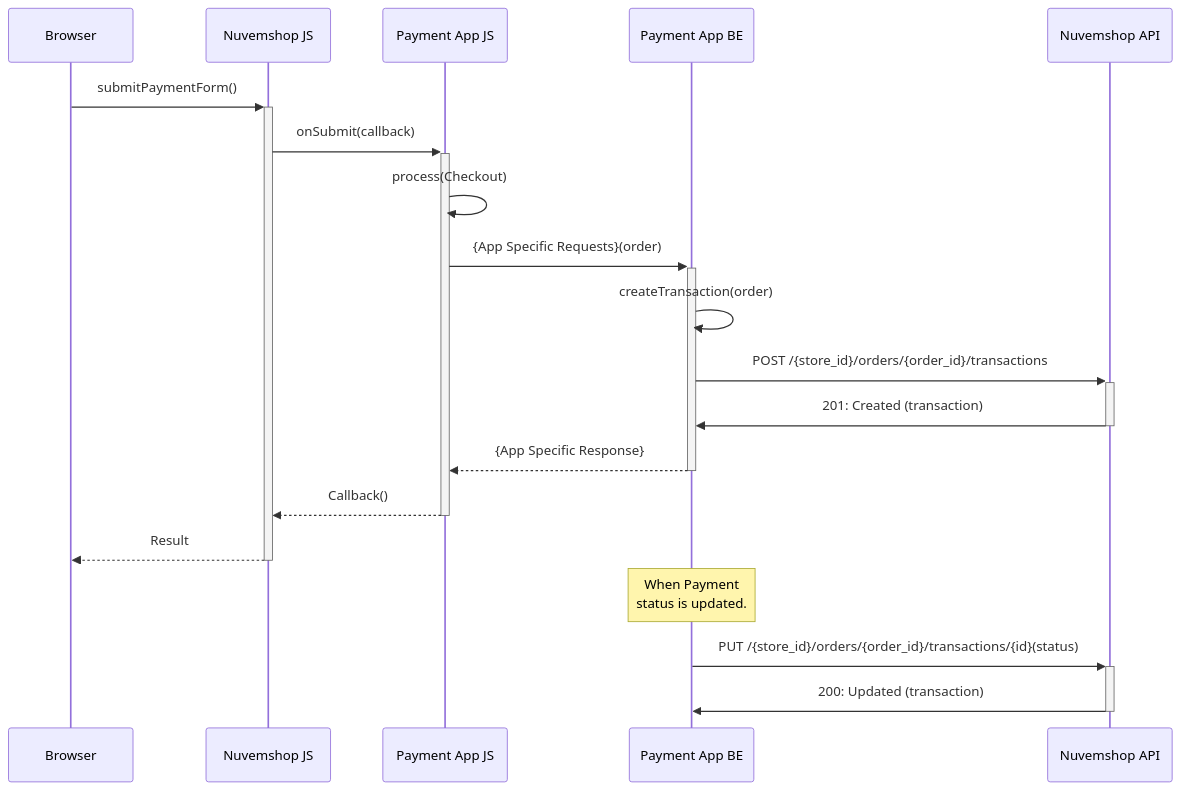
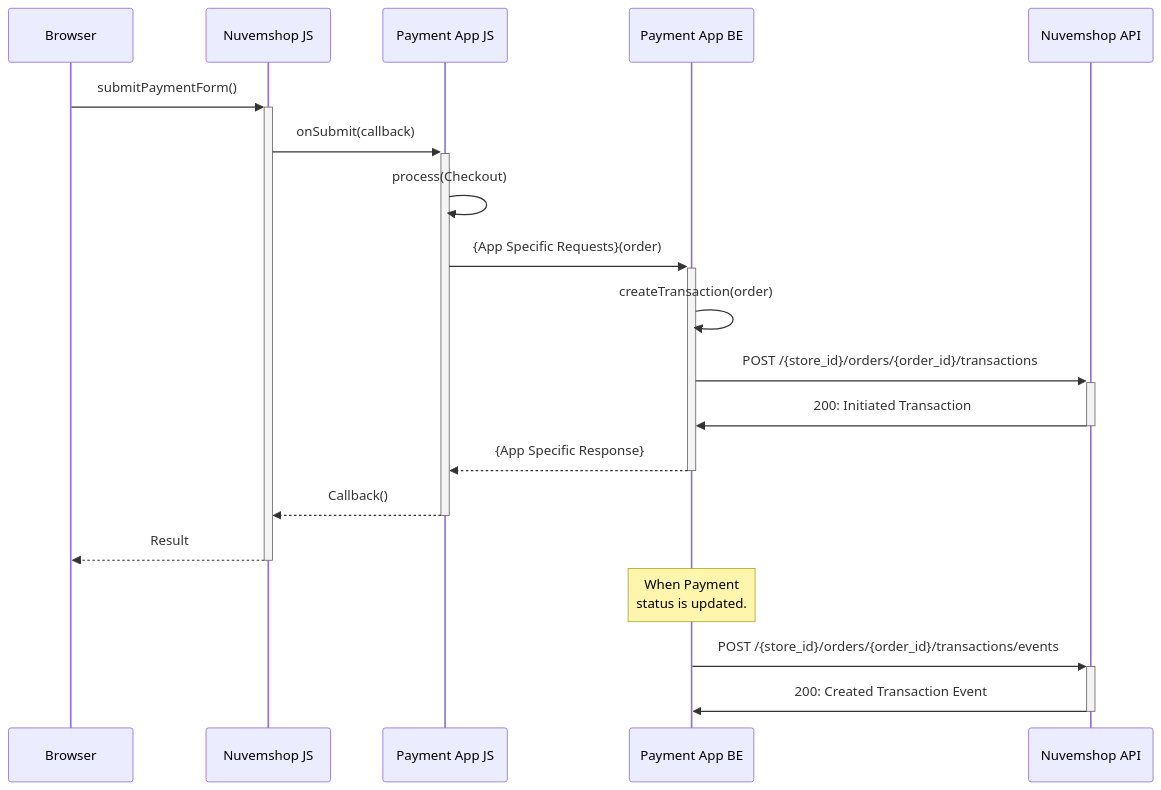
Before and after one commit to TiendaNube/api-docs: the diagram in guides/Payment Provider/mmd/PaymentProvider-TransparentPaymentOption.mmd, drawn with Mermaid. The commit also changed 6 other files, not shown here.

Commit message:
Updated payment sequence diagrams and fixed typos.

````diff
--- a/guides/Payment Provider/mmd/PaymentProvider-TransparentPaymentOption.mmd
+++ b/guides/Payment Provider/mmd/PaymentProvider-TransparentPaymentOption.mmd
@@ -1,21 +1,21 @@
 ```mermaid
 sequenceDiagram
 participant B as Browser
 participant NF as Nuvemshop JS
 participant AF as Payment App JS
 participant AB as Payment App BE
 participant NA as Nuvemshop API
 B ->>+ NF: submitPaymentForm()
 NF ->>+ AF: onSubmit(callback)
 AF ->> AF: process(Checkout)
 AF ->>+ AB: {App Specific Requests}(order)
 AB ->> AB: createTransaction(order)
 AB ->>+ NA: POST /{store_id}/orders/{order_id}/transactions
-NA ->>- AB: 201: Created (transaction)
+NA ->>- AB: 200: Initiated Transaction
 AB -->>- AF: {App Specific Response}
 AF -->>- NF: Callback()
 NF -->>- B: Result
 Note over AB: When Payment<br/>status is updated. 
-AB ->>+ NA: PUT /{store_id}/orders/{order_id}/transactions/{id}(status)
-NA ->>- AB: 200: Updated (transaction)
+AB ->>+ NA: POST /{store_id}/orders/{order_id}/transactions/events
+NA ->>- AB: 200: Created Transaction Event
 ```
````
